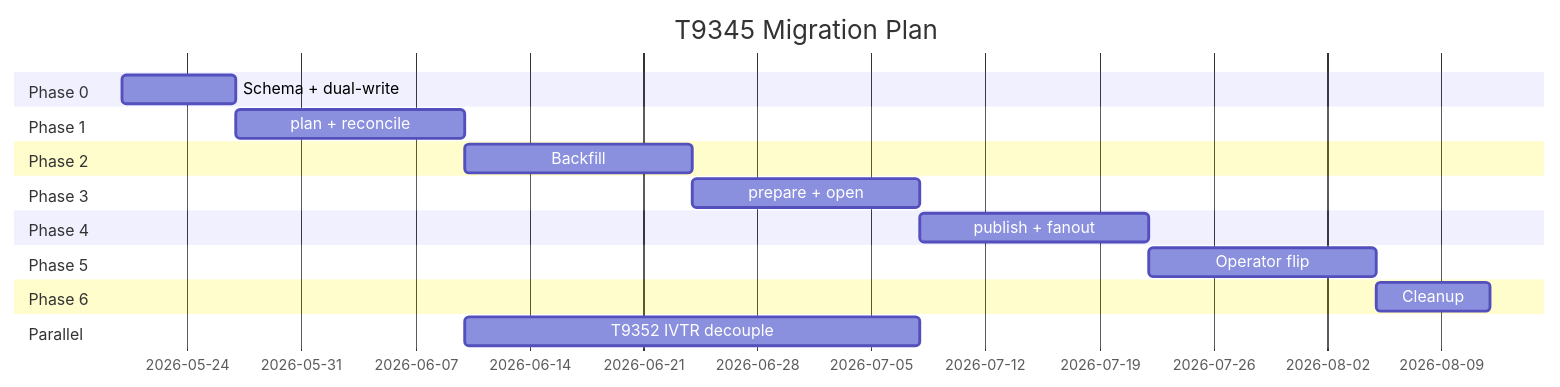
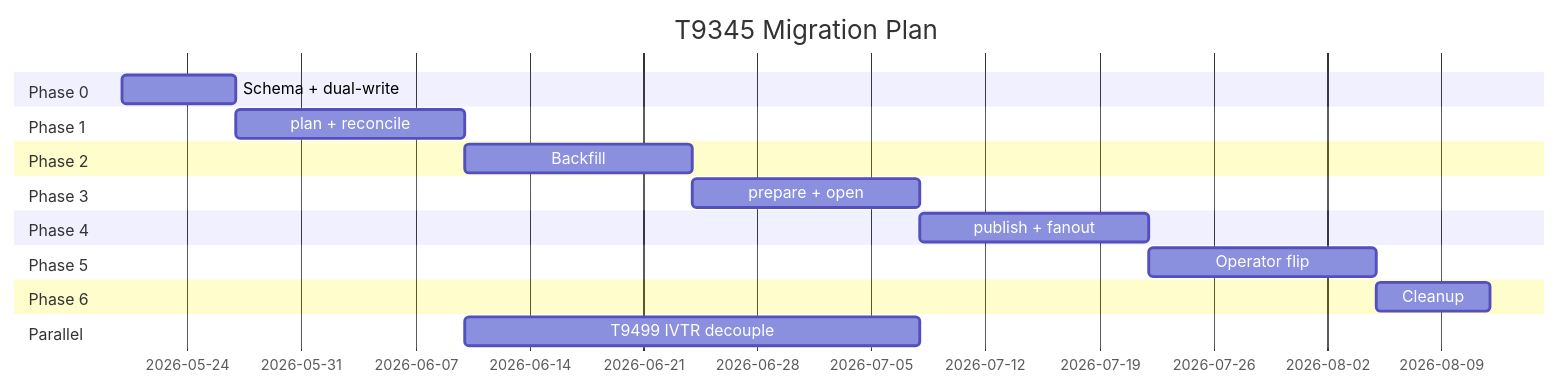
The diagram in .cleo/rcasd/T9345/research/migration-plan-T9345.md (kryptobaseddev/cleo), drawn with Mermaid before and after one commit. The commit also changed other lines of this file and 4 other files, not shown here.

````diff
--- a/.cleo/rcasd/T9345/research/migration-plan-T9345.md
+++ b/.cleo/rcasd/T9345/research/migration-plan-T9345.md
@@ -589,21 +589,21 @@
 ```mermaid
 gantt
     title T9345 Migration Plan
     dateFormat YYYY-MM-DD
     section Phase 0
     Schema + dual-write     :p0, 2026-05-20, 1w
     section Phase 1
     plan + reconcile        :p1, after p0, 2w
     section Phase 2
     Backfill                :p2, after p1, 2w
     section Phase 3
     prepare + open          :p3, after p2, 2w
     section Phase 4
     publish + fanout        :p4, after p3, 2w
     section Phase 5
     Operator flip           :p5, after p4, 2w
     section Phase 6
     Cleanup                 :p6, after p5, 1w
     section Parallel
-    T9352 IVTR decouple     :ivtr, after p1, 4w
+    T9499 IVTR decouple     :ivtr, after p1, 4w
 ```
````
